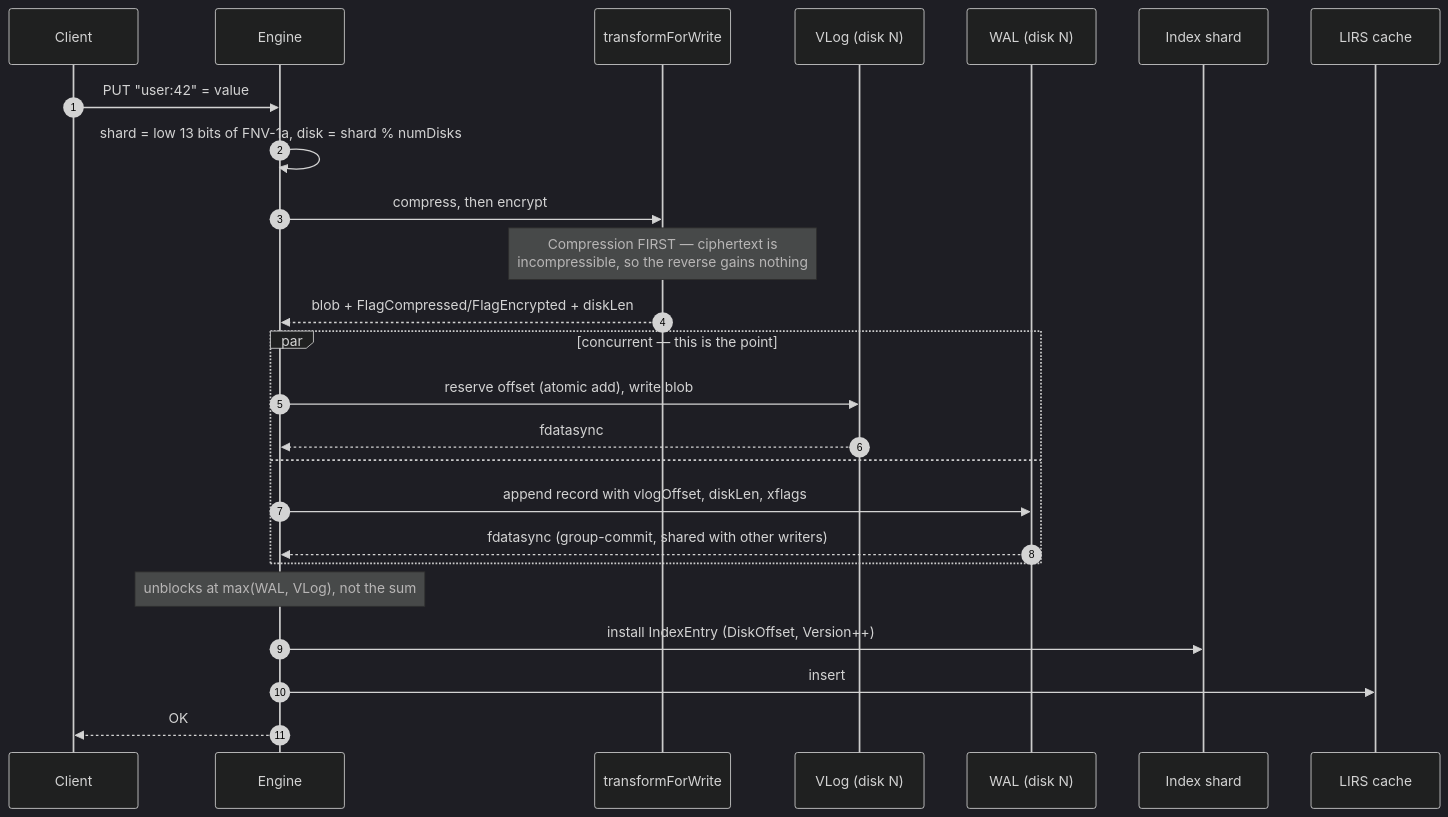
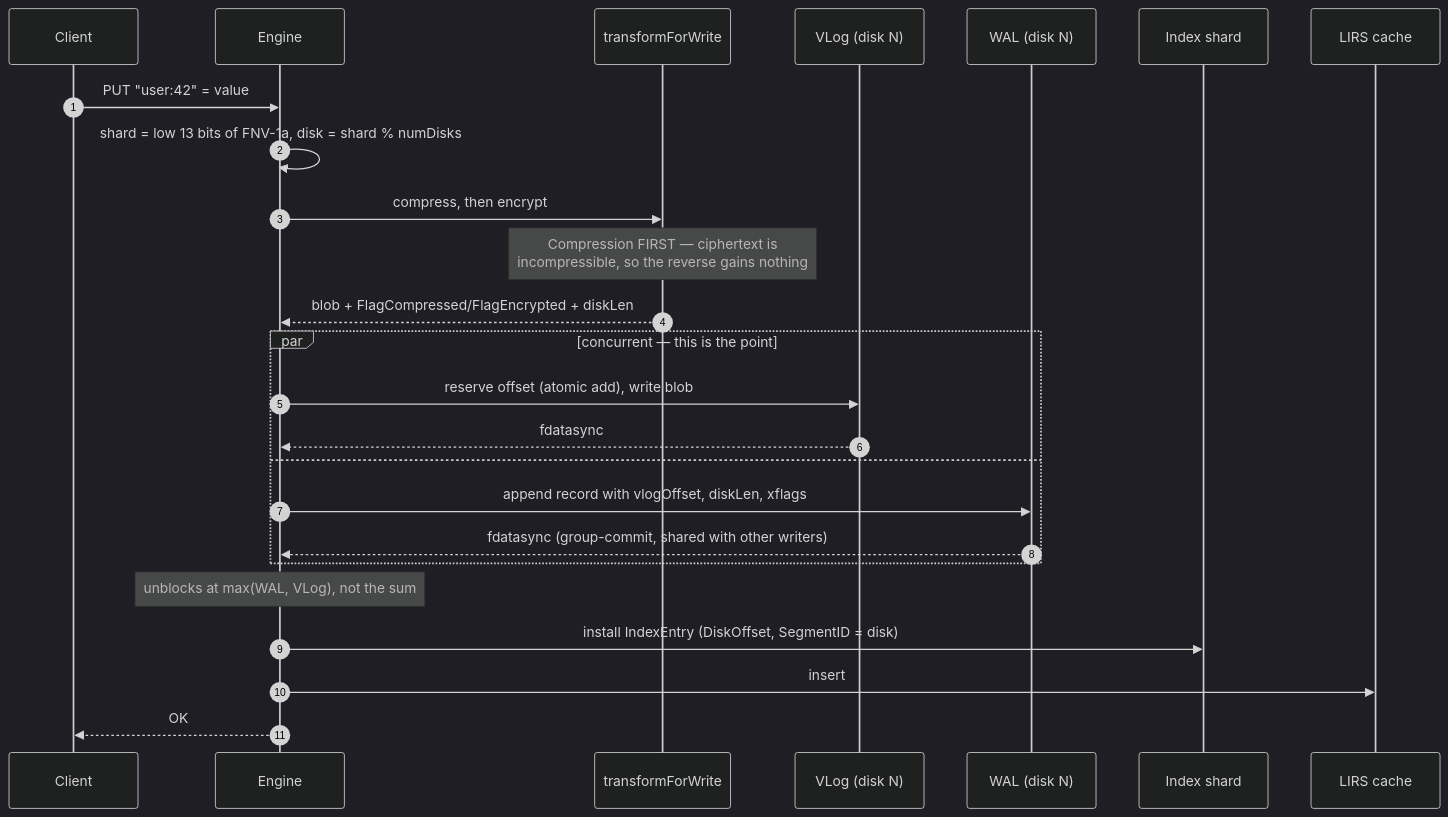
One commit to VeltrixDB/VeltrixDB changed the third of 4 diagrams in ARCHITECTURE.md. Above: the diagram before and after it, drawn with Mermaid (dark theme). The commit also changed other lines of this file and 26 other files, not shown here.

````diff
--- a/ARCHITECTURE.md
+++ b/ARCHITECTURE.md
@@ -171,30 +178,30 @@
 ```mermaid
 sequenceDiagram
     autonumber
     participant C as Client
     participant E as Engine
     participant X as transformForWrite
     participant V as VLog (disk N)
     participant W as WAL (disk N)
     participant I as Index shard
     participant CA as LIRS cache
 
     C->>E: PUT "user:42" = value
     E->>E: shard = low 13 bits of FNV-1a, disk = shard % numDisks
     E->>X: compress, then encrypt
     Note over X: Compression FIRST — ciphertext is<br/>incompressible, so the reverse gains nothing
     X-->>E: blob + FlagCompressed/FlagEncrypted + diskLen
 
     par concurrent — this is the point
         E->>V: reserve offset (atomic add), write blob
         V-->>E: fdatasync
     and
         E->>W: append record with vlogOffset, diskLen, xflags
         W-->>E: fdatasync (group-commit, shared with other writers)
     end
 
     Note over E: unblocks at max(WAL, VLog), not the sum
-    E->>I: install IndexEntry (DiskOffset, Version++)
+    E->>I: install IndexEntry (DiskOffset, SegmentID = disk)
     E->>CA: insert
     E-->>C: OK
 ```
````
